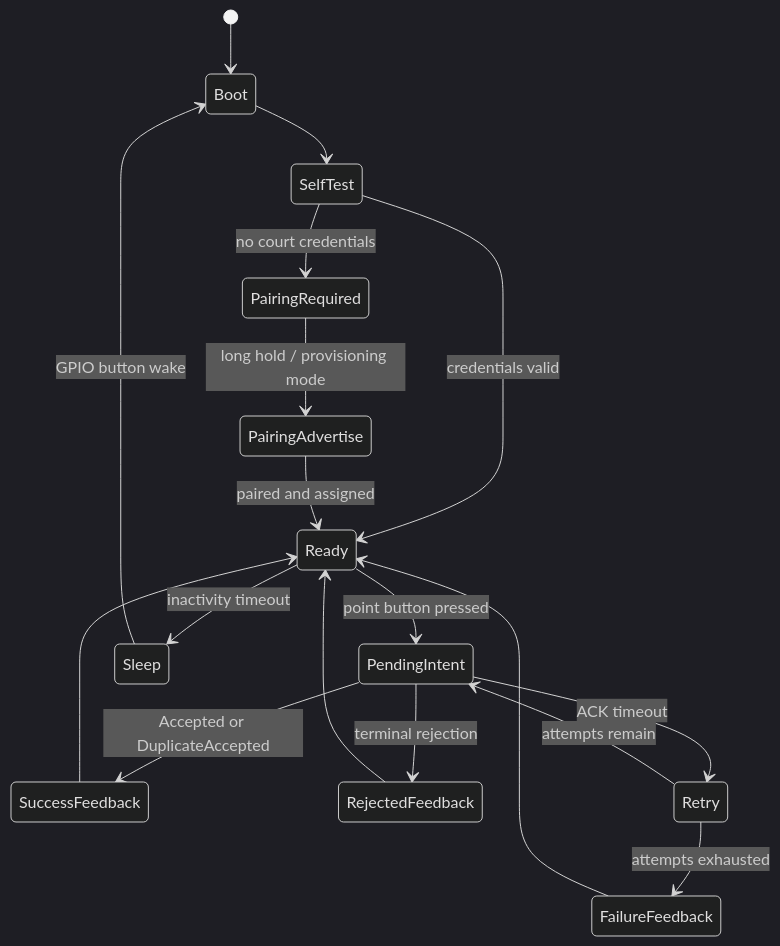
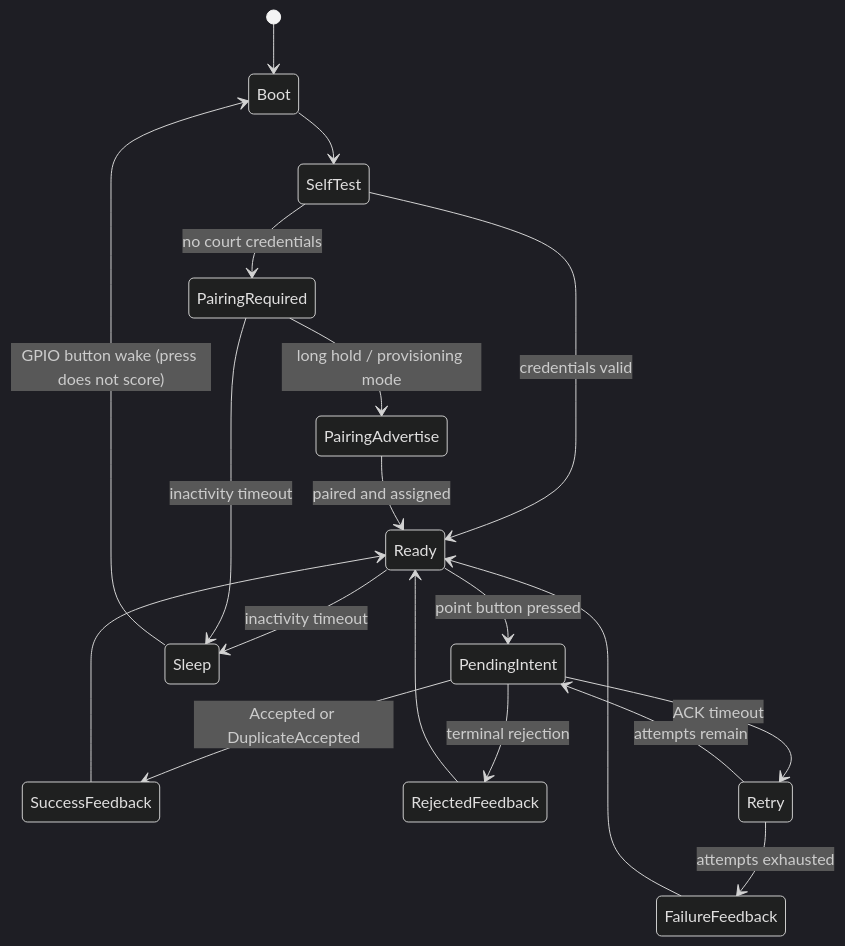
Before and after one commit to JoseMCoronado/padelTracker: the fifth of 9 diagrams in padel-smart-court-master-spec.md, drawn with Mermaid (dark theme). The commit also changed other lines of this file and 87 other files, not shown here.

````diff
--- a/padel-smart-court-master-spec.md
+++ b/padel-smart-court-master-spec.md
@@ -974,20 +974,21 @@
 ```mermaid
 stateDiagram-v2
     [*] --> Boot
     Boot --> SelfTest
     SelfTest --> PairingRequired: no court credentials
     SelfTest --> Ready: credentials valid
     PairingRequired --> PairingAdvertise: long hold / provisioning mode
     PairingAdvertise --> Ready: paired and assigned
     Ready --> PendingIntent: point button pressed
     PendingIntent --> SuccessFeedback: Accepted or DuplicateAccepted
     PendingIntent --> RejectedFeedback: terminal rejection
     PendingIntent --> Retry: ACK timeout
     Retry --> PendingIntent: attempts remain
     Retry --> FailureFeedback: attempts exhausted
     SuccessFeedback --> Ready
     RejectedFeedback --> Ready
     FailureFeedback --> Ready
     Ready --> Sleep: inactivity timeout
-    Sleep --> Boot: GPIO button wake
+    PairingRequired --> Sleep: inactivity timeout
+    Sleep --> Boot: GPIO button wake (press does not score)
 ```
````
